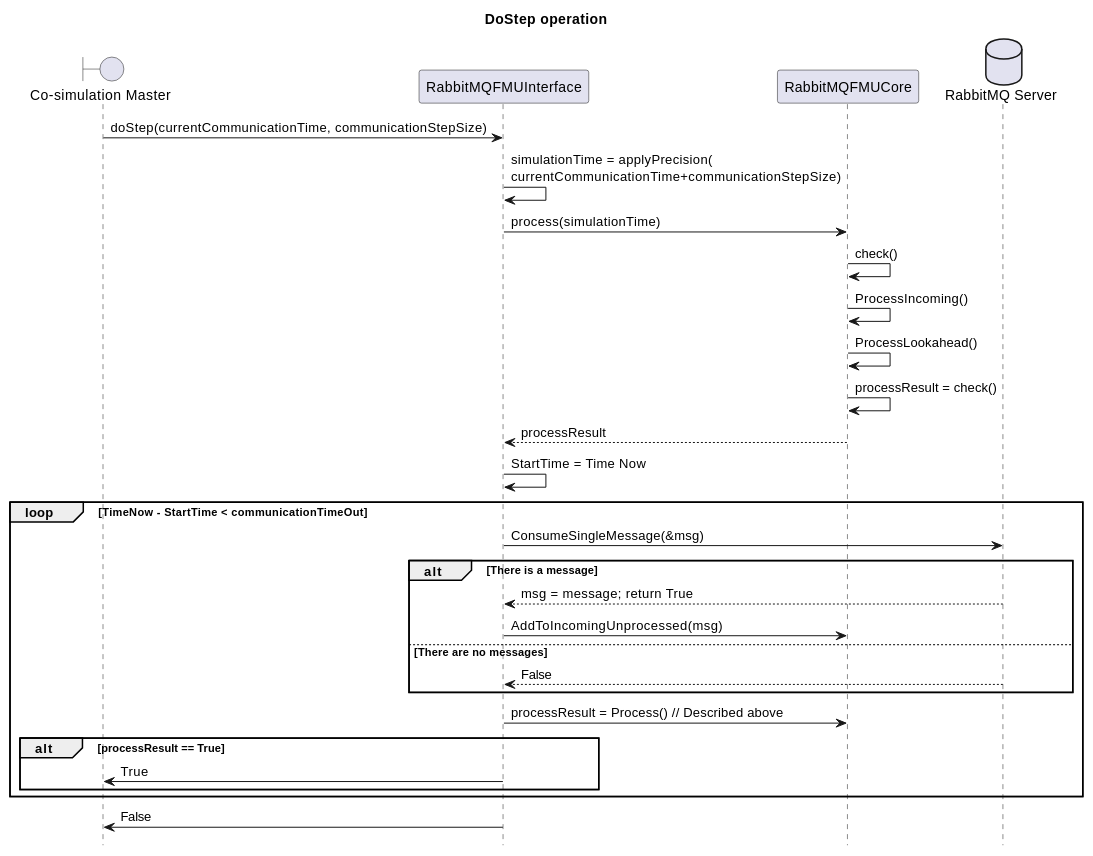
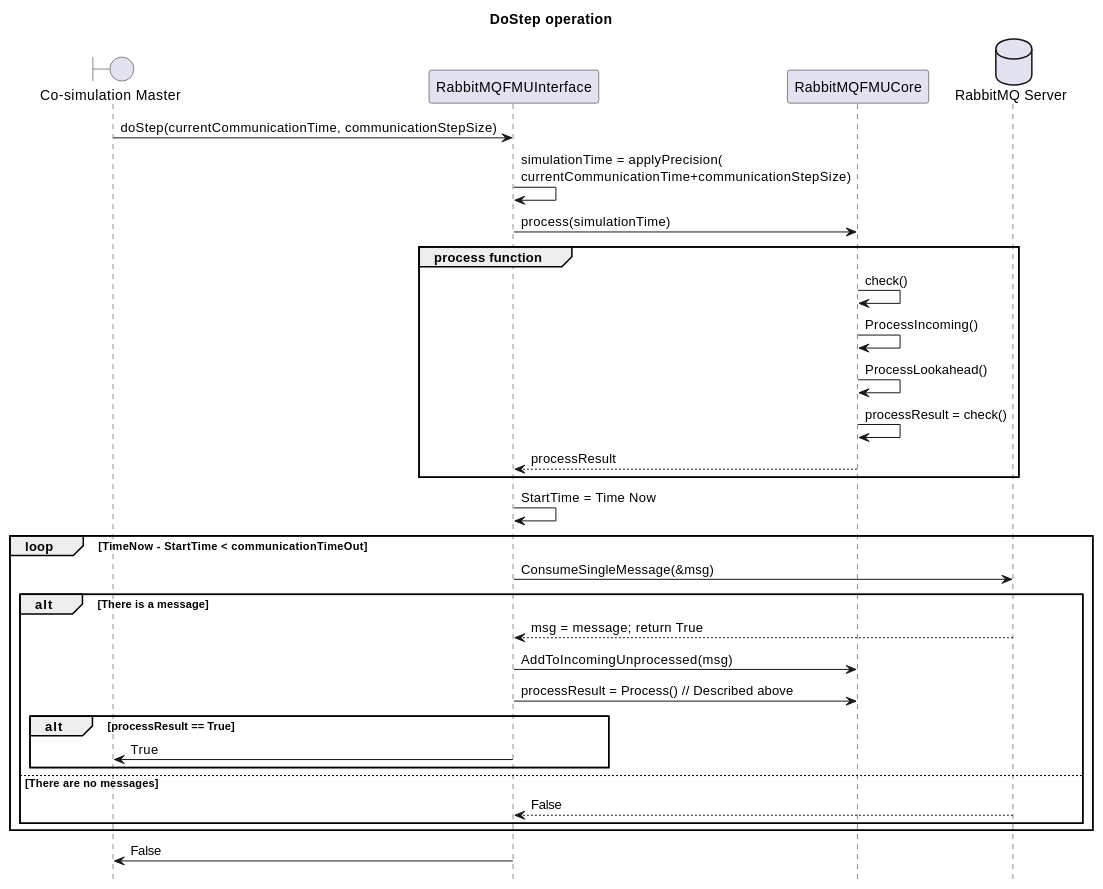
The third of 3 diagrams in docs/data-handling.rst (INTO-CPS-Association/fmu-rabbitmq), drawn with PlantUML before and after one commit. The commit also changed other lines of this file, not shown here.

```diff
--- a/docs/data-handling.rst
+++ b/docs/data-handling.rst
@@ -91,34 +151,36 @@
 .. uml::
 
     title DoStep operation
     hide footbox
 
     boundary "Co-simulation Master" as Master
     participant RabbitMQFMUInterface as FMUI
     participant RabbitMQFMUCore as FMUC
     database "RabbitMQ Server" as server
 
 
     Master -> FMUI: doStep(currentCommunicationTime, communicationStepSize)
     FMUI -> FMUI: simulationTime = applyPrecision(\ncurrentCommunicationTime+communicationStepSize)
     FMUI -> FMUC: process(simulationTime)
-    FMUC -> FMUC: check()
-    FMUC -> FMUC: ProcessIncoming()
-    FMUC -> FMUC: ProcessLookahead()
-    FMUC -> FMUC: processResult = check()
-    FMUC --> FMUI: processResult
+    group process function
+        FMUC -> FMUC: check()
+        FMUC -> FMUC: ProcessIncoming()
+        FMUC -> FMUC: ProcessLookahead()
+        FMUC -> FMUC: processResult = check()
+        FMUC --> FMUI: processResult
+    end
     FMUI -> FMUI: StartTime = Time Now
         loop TimeNow - StartTime < communicationTimeOut
             FMUI -> server: ConsumeSingleMessage(&msg)
             alt There is a message
                 server --> FMUI: msg = message; return True
                 FMUI -> FMUC: AddToIncomingUnprocessed(msg)
+                FMUI -> FMUC: processResult = Process() // Described above
+                alt processResult == True
+                    FMUI -> Master: True
+                end
             else There are no messages
                 server --> FMUI: False
             end
-            FMUI -> FMUC: processResult = Process() // Described above
-            alt processResult == True
-            FMUI -> Master: True
-            end
         end
     FMUI -> Master: False
```
